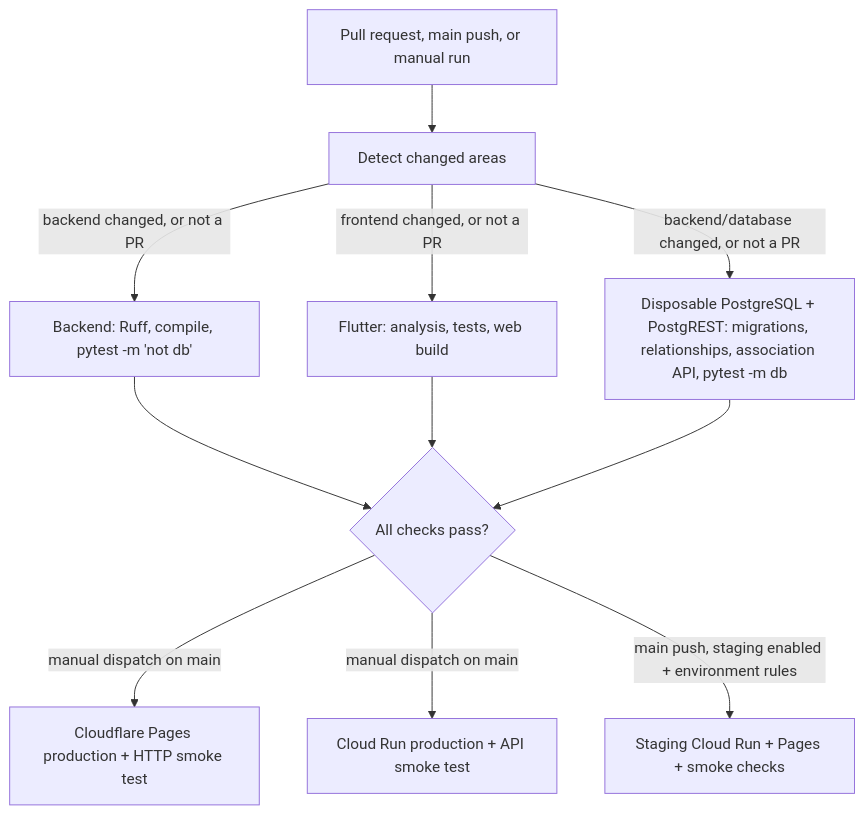
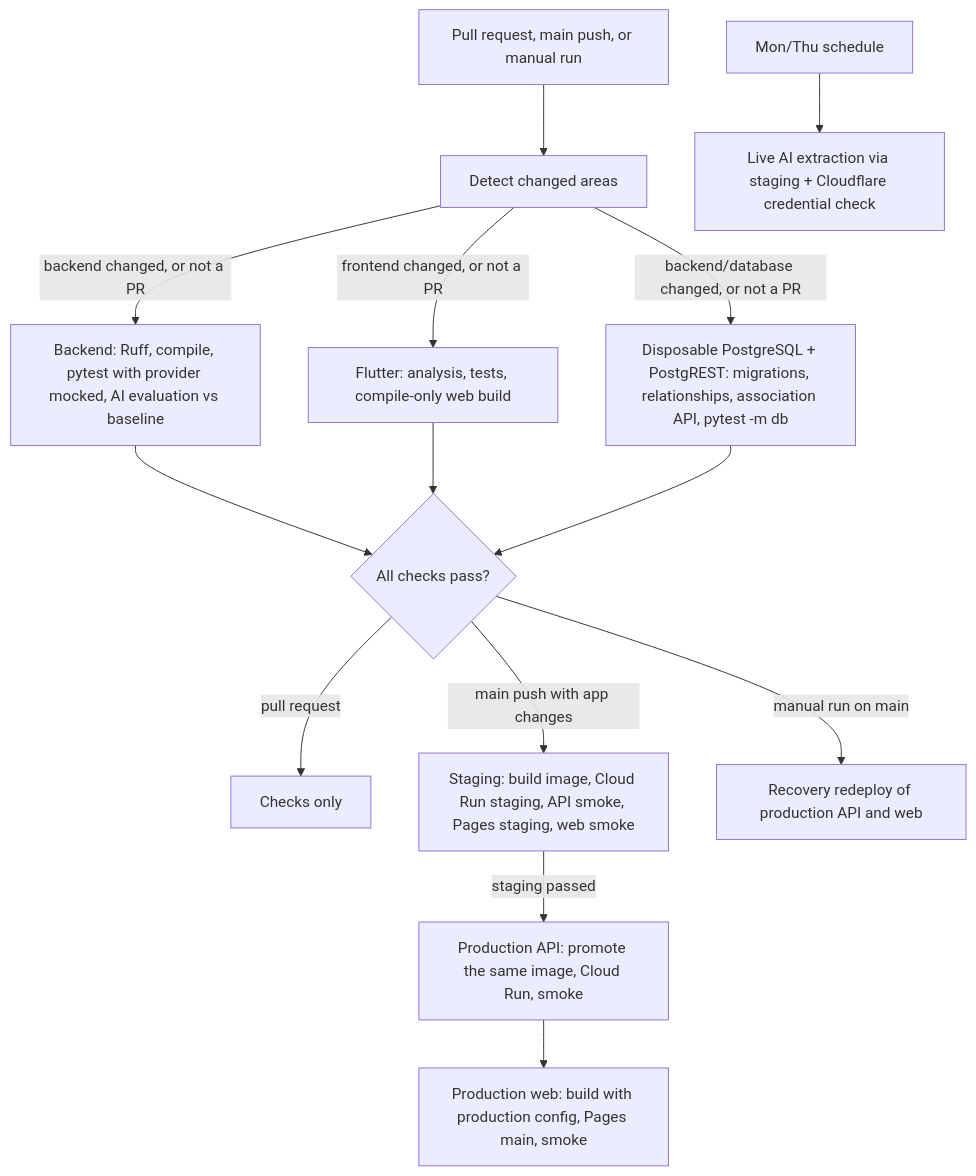
The diagram in PIPELINE.md (relax-mode/lagaw), drawn with Mermaid before and after one commit. The commit also changed other lines of this file and 4 other files, not shown here.

First line of the commit message:
docs: describe automatic production promotion and AI checks

````diff
--- a/PIPELINE.md
+++ b/PIPELINE.md
@@ -7,13 +10,16 @@
 ```mermaid
 flowchart TD
   Trigger[Pull request, main push, or manual run] --> Changes[Detect changed areas]
-  Changes -->|backend changed, or not a PR| Backend[Backend: Ruff, compile, pytest -m 'not db']
-  Changes -->|frontend changed, or not a PR| Frontend[Flutter: analysis, tests, web build]
+  Changes -->|backend changed, or not a PR| Backend[Backend: Ruff, compile, pytest with provider mocked, AI evaluation vs baseline]
+  Changes -->|frontend changed, or not a PR| Frontend[Flutter: analysis, tests, compile-only web build]
   Changes -->|backend/database changed, or not a PR| Database[Disposable PostgreSQL + PostgREST: migrations, relationships, association API, pytest -m db]
   Backend --> Gate{All checks pass?}
   Frontend --> Gate
   Database --> Gate
-  Gate -->|manual dispatch on main| ProductionWeb[Cloudflare Pages production + HTTP smoke test]
-  Gate -->|manual dispatch on main| ProductionAPI[Cloud Run production + API smoke test]
-  Gate -->|main push, staging enabled + environment rules| Staging[Staging Cloud Run + Pages + smoke checks]
+  Gate -->|pull request| Done[Checks only]
+  Gate -->|main push with app changes| Staging[Staging: build image, Cloud Run staging, API smoke, Pages staging, web smoke]
+  Staging -->|staging passed| ProdAPI[Production API: promote the same image, Cloud Run, smoke]
+  ProdAPI --> ProdWeb[Production web: build with production config, Pages main, smoke]
+  Gate -->|manual run on main| Recovery[Recovery redeploy of production API and web]
+  Cron[Mon/Thu schedule] --> Live[Live AI extraction via staging + Cloudflare credential check]
 ```
````
